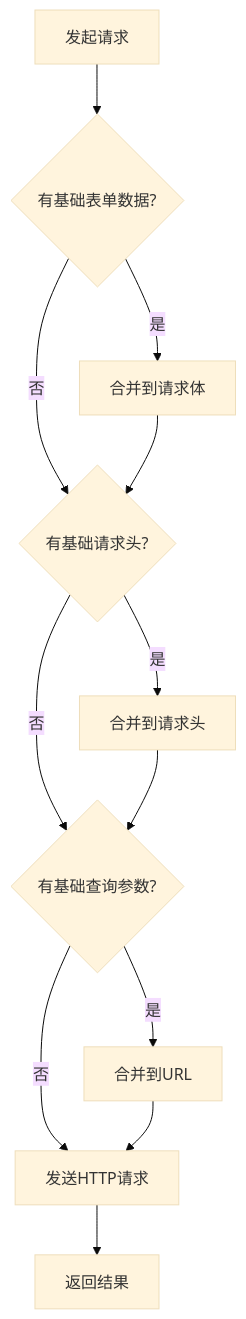
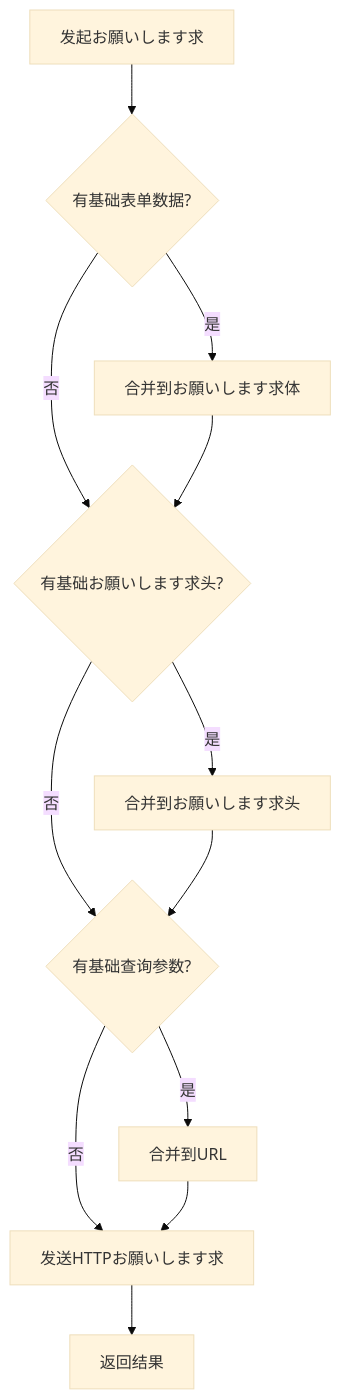
One commit to AlianBlank/GameFrameX.Docs changed the third of 3 diagrams in docs/ja/client/unity/component/web/08.web-component.md. Above: the diagram before and after it, drawn with Mermaid (base theme). The commit also changed other lines of this file and 603 other files, not shown here.

````diff
--- a/docs/ja/client/unity/component/web/08.web-component.md
+++ b/docs/ja/client/unity/component/web/08.web-component.md
@@ -164,18 +164,18 @@
 ```mermaid
 flowchart TD
-    Start[发起请求] --> CheckForm{有基础表单数据?}
-    CheckForm -->|是| MergeForm[合并到请求体]
+    Start[发起お願いします求] --> CheckForm{有基础表单数据?}
+    CheckForm -->|是| MergeForm[合并到お願いします求体]
     CheckForm -->|否| CheckHeader
     
-    MergeForm --> CheckHeader{有基础请求头?}
-    CheckHeader -->|是| MergeHeader[合并到请求头]
+    MergeForm --> CheckHeader{有基础お願いします求头?}
+    CheckHeader -->|是| MergeHeader[合并到お願いします求头]
     CheckHeader -->|否| CheckQuery
     
     MergeHeader --> CheckQuery{有基础查询参数?}
     CheckQuery -->|是| MergeQuery[合并到URL]
-    CheckQuery -->|否| Send[发送HTTP请求]
+    CheckQuery -->|否| Send[发送HTTPお願いします求]
     
     MergeQuery --> Send
     
     Send --> Result[返回结果]
 ```
````
